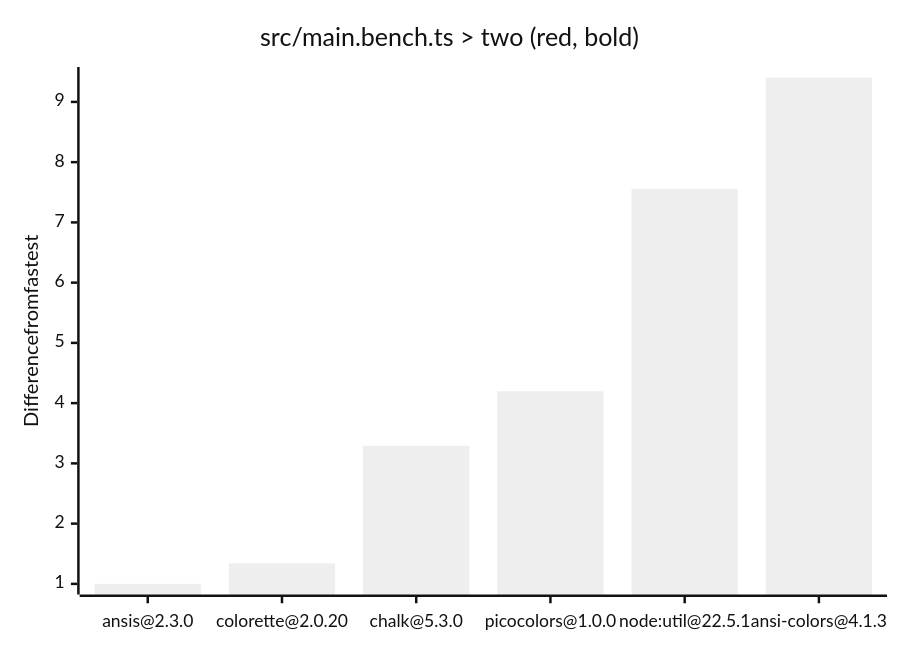
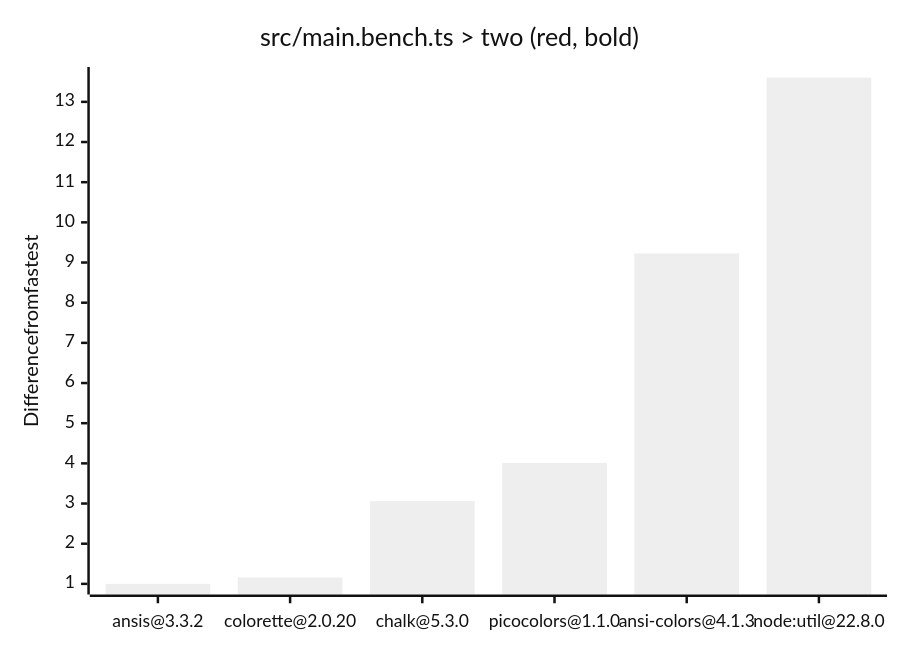
One commit to beeequeue/node-cli-colors-benchmark changed the second of 4 diagrams in README.md. Above: the diagram before and after it, drawn with Mermaid (neutral theme). The commit also changed other lines of this file, not shown here.

Commit message:
Update graphs

````diff
--- a/README.md
+++ b/README.md
@@ -25,7 +25,7 @@
 ```mermaid
 xychart-beta
   title "src/main.bench.ts > two (red, bold)"
-  x-axis ["ansis@2.3.0", "colorette@2.0.20", "chalk@5.3.0", "picocolors@1.0.0", "node:util@22.5.1", "ansi-colors@4.1.3"]
+  x-axis ["ansis@3.3.2", "colorette@2.0.20", "chalk@5.3.0", "picocolors@1.1.0", "ansi-colors@4.1.3", "node:util@22.8.0"]
   y-axis Difference from fastest
-  bar [1.0000, 1.3401, 3.2930, 4.1972, 7.5553, 9.4031]
+  bar [1.0000, 1.1589, 3.0600, 4.0125, 9.2253, 13.6032]
 ```
````
